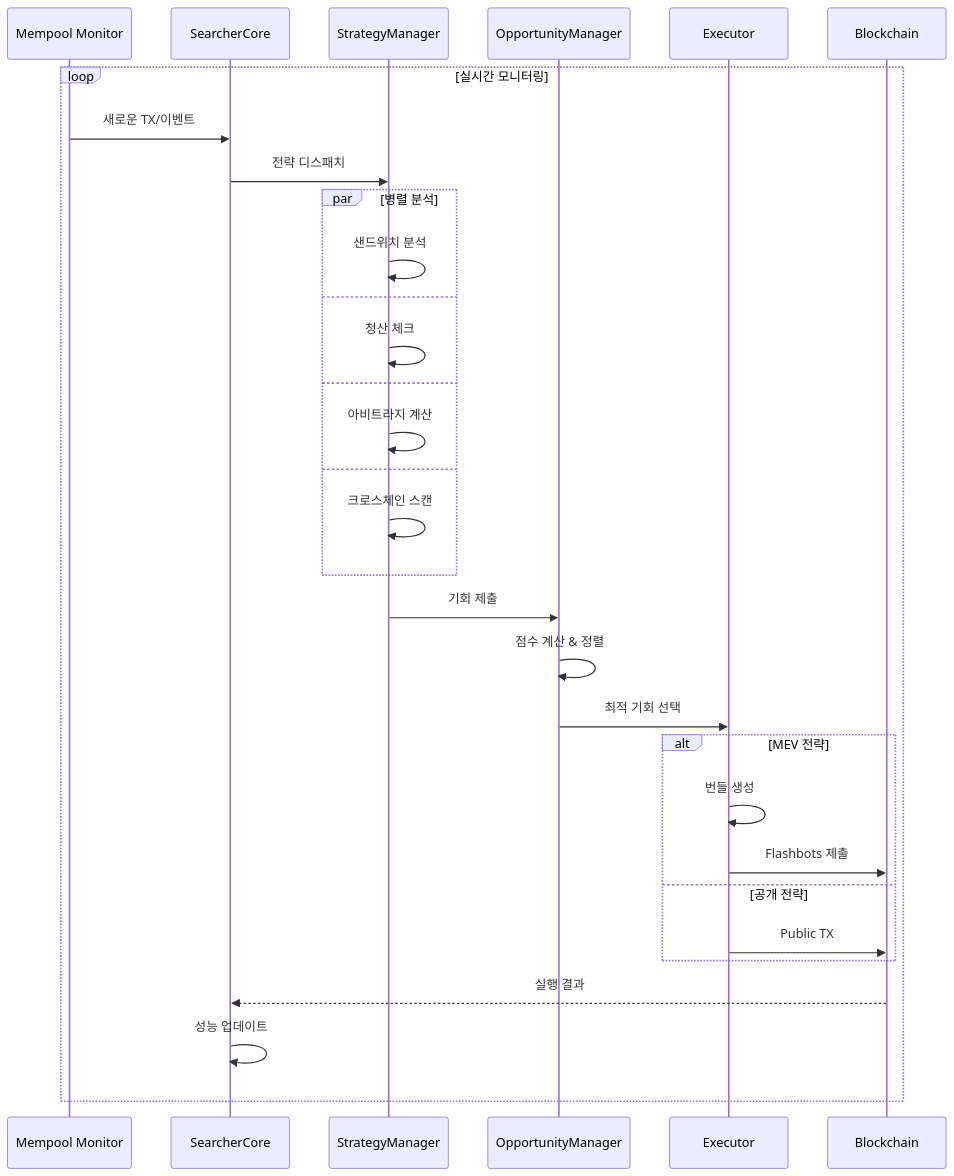
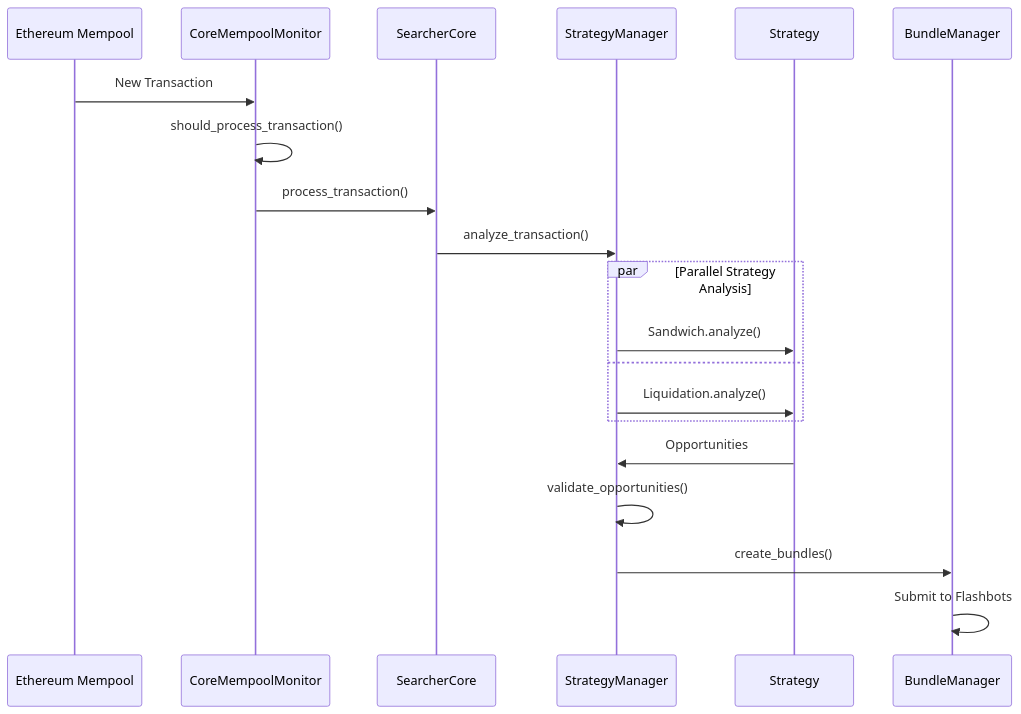
One commit to blockbit-hama/xCrack changed the tenth of 10 diagrams in docs/architecture.md. Above: the diagram before and after it, drawn with Mermaid. The commit also changed other lines of this file and 62 other files, not shown here.

````diff
--- a/docs/architecture.md
+++ b/docs/architecture.md
@@ -346,38 +441,25 @@
 ```mermaid
 sequenceDiagram
-    participant MM as Mempool Monitor
+    participant MEMPOOL as Ethereum Mempool
+    participant CMM as CoreMempoolMonitor
     participant SC as SearcherCore
     participant SM as StrategyManager
-    participant OM as OpportunityManager
-    participant EX as Executor
-    participant BC as Blockchain
+    participant STRATEGY as Strategy
+    participant BM as BundleManager
 
-    loop 실시간 모니터링
-        MM->>SC: 새로운 TX/이벤트
-        SC->>SM: 전략 디스패치
-        
-        par 병렬 분석
-            SM->>SM: 샌드위치 분석
-        and
-            SM->>SM: 청산 체크
-        and
-            SM->>SM: 아비트라지 계산
-        and
-            SM->>SM: 크로스체인 스캔
-        end
-        
-        SM->>OM: 기회 제출
-        OM->>OM: 점수 계산 & 정렬
-        OM->>EX: 최적 기회 선택
-        
-        alt MEV 전략
-            EX->>EX: 번들 생성
-            EX->>BC: Flashbots 제출
-        else 공개 전략
-            EX->>BC: Public TX
-        end
-        
-        BC-->>SC: 실행 결과
-        SC->>SC: 성능 업데이트
+    MEMPOOL->>CMM: New Transaction
+    CMM->>CMM: should_process_transaction()
+    CMM->>SC: process_transaction()
+    SC->>SM: analyze_transaction()
+    
+    par Parallel Strategy Analysis
+        SM->>STRATEGY: Sandwich.analyze()
+    and 
+        SM->>STRATEGY: Liquidation.analyze()
     end
+    
+    STRATEGY->>SM: Opportunities
+    SM->>SM: validate_opportunities()
+    SM->>BM: create_bundles()
+    BM->>BM: Submit to Flashbots
 ```
````
